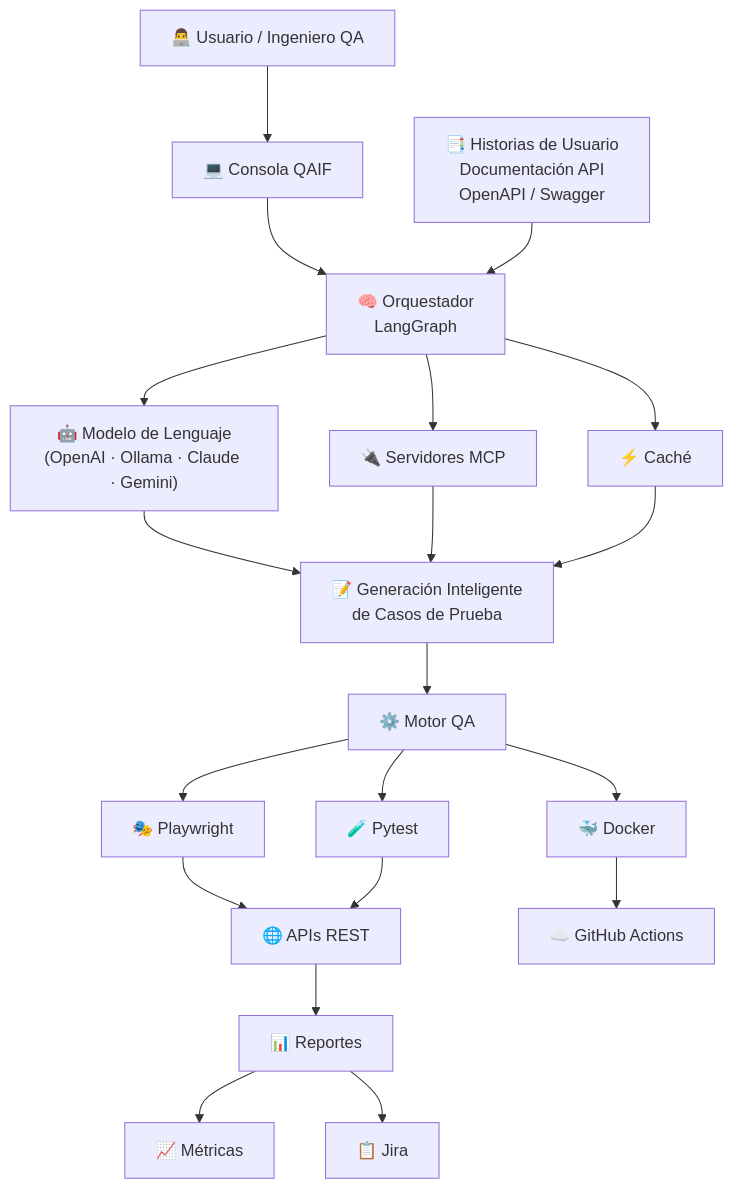
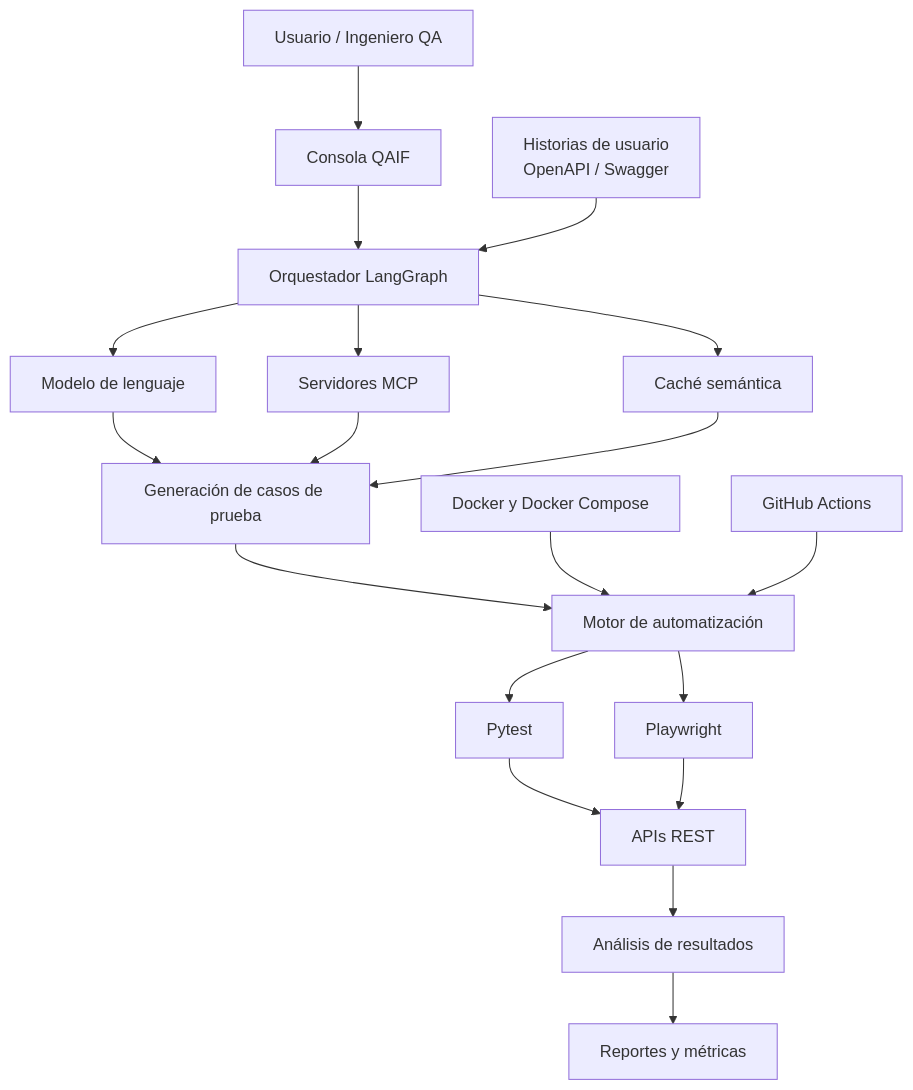
The diagram in README.md (miguelvillabon07/QAIF), drawn with Mermaid before and after one commit. The commit also changed other lines of this file, not shown here.

````diff
--- a/README.md
+++ b/README.md
@@ -33,104 +50,28 @@
 ```mermaid
 flowchart TD
+    A["Usuario / Ingeniero QA"] --> B["Consola QAIF"]
+    B --> C["Orquestador LangGraph"]
 
-%% ======== USUARIO ========
+    D["Historias de usuario<br/>OpenAPI / Swagger"] --> C
 
-U["👨‍💻 Usuario / Ingeniero QA"]
+    C --> E["Modelo de lenguaje"]
+    C --> F["Servidores MCP"]
+    C --> G["Caché semántica"]
 
-%% ======== INTERFAZ ========
+    E --> H["Generación de casos de prueba"]
+    F --> H
+    G --> H
 
-CLI["💻 Consola QAIF"]
+    H --> I["Motor de automatización"]
+    I --> J["Pytest"]
+    I --> K["Playwright"]
 
-%% ======== ORQUESTADOR ========
+    J --> L["APIs REST"]
+    K --> L
 
-ORCH["🧠 Orquestador
-LangGraph"]
+    L --> M["Análisis de resultados"]
+    M --> N["Reportes y métricas"]
 
-%% ======== ENTRADAS ========
-
-REQ["📑 Historias de Usuario
-Documentación API
-OpenAPI / Swagger"]
-
-%% ======== IA ========
-
-LLM["🤖 Modelo de Lenguaje
-(OpenAI · Ollama · Claude · Gemini)"]
-
-%% ======== MCP ========
-
-MCP["🔌 Servidores MCP"]
-
-CACHE["⚡ Caché"]
-
-%% ======== GENERACIÓN ========
-
-GEN["📝 Generación Inteligente
-de Casos de Prueba"]
-
-%% ======== QA ========
-
-ENGINE["⚙️ Motor QA"]
-
-PLAY["🎭 Playwright"]
-
-PYTEST["🧪 Pytest"]
-
-%% ======== API ========
-
-API["🌐 APIs REST"]
-
-%% ======== RESULTADOS ========
-
-REPORT["📊 Reportes"]
-
-METRICS["📈 Métricas"]
-
-JIRA["📋 Jira"]
-
-%% ======== CONTENEDORES ========
-
-DOCKER["🐳 Docker"]
-
-GITHUB["☁️ GitHub Actions"]
-
-%% ======== CONEXIONES ========
-
-U --> CLI
-
-CLI --> ORCH
-
-REQ --> ORCH
-
-ORCH --> LLM
-
-ORCH --> MCP
-
-ORCH --> CACHE
-
-LLM --> GEN
-
-MCP --> GEN
-
-CACHE --> GEN
-
-GEN --> ENGINE
-
-ENGINE --> PLAY
-
-ENGINE --> PYTEST
-
-PLAY --> API
-
-PYTEST --> API
-
-API --> REPORT
-
-REPORT --> METRICS
-
-REPORT --> JIRA
-
-ENGINE --> DOCKER
-
-DOCKER --> GITHUB
+    O["Docker y Docker Compose"] --> I
+    P["GitHub Actions"] --> I
 ```
````
